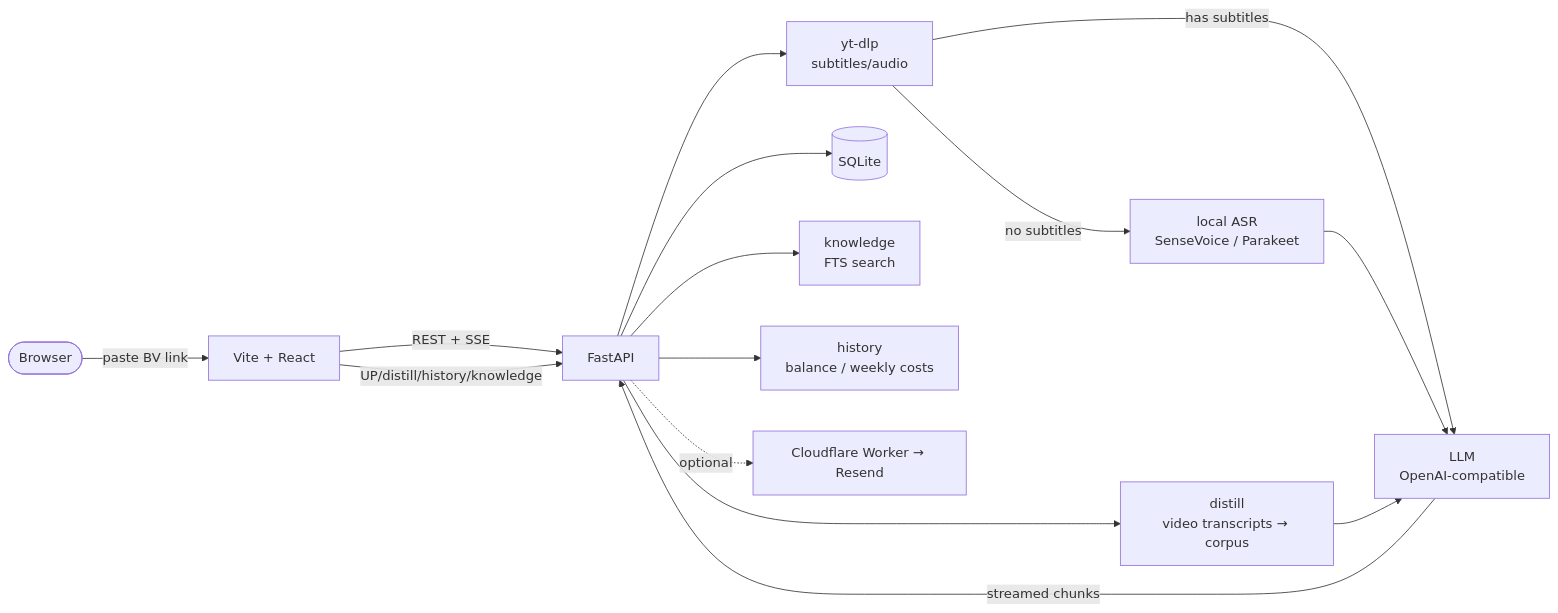
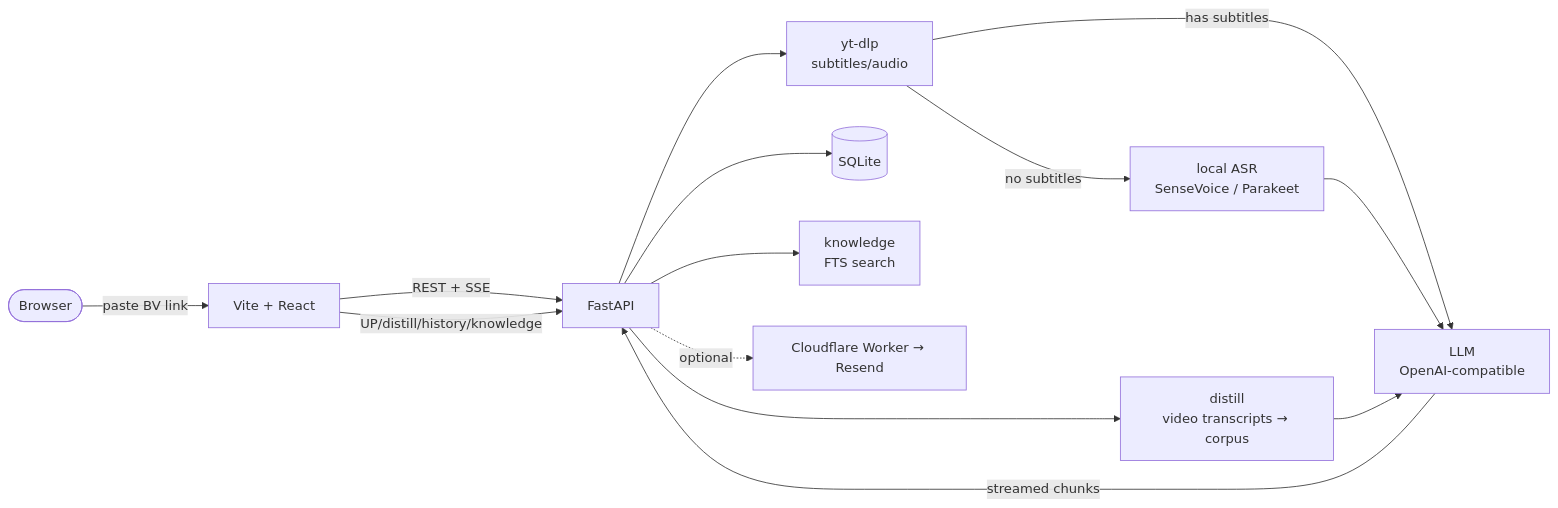
The diagram in README.en.md (BazingaOrg/biri-youyaku), drawn with Mermaid before and after one commit. The commit also changed other lines of this file and 11 other files, not shown here.

````diff
--- a/README.en.md
+++ b/README.en.md
@@ -126,17 +125,16 @@
 ```mermaid
 flowchart LR
     user([Browser]) -->|paste BV link| web[Vite + React]
     web -->|REST + SSE| api[FastAPI]
     web -->|UP/distill/history/knowledge| api
     api --> ytdlp[yt-dlp<br/>subtitles/audio]
     ytdlp -->|has subtitles| llm
     ytdlp -->|no subtitles| asr[local ASR<br/>SenseVoice / Parakeet]
     asr --> llm[LLM<br/>OpenAI-compatible]
     api --> distill[distill<br/>video transcripts → corpus]
     distill --> llm
     llm -->|streamed chunks| api
     api --> db[(SQLite)]
     api --> knowledge[knowledge<br/>FTS search]
-    api --> stats[history<br/>balance / weekly costs]
     api -. optional .-> mail[Cloudflare Worker → Resend]
 ```
````
